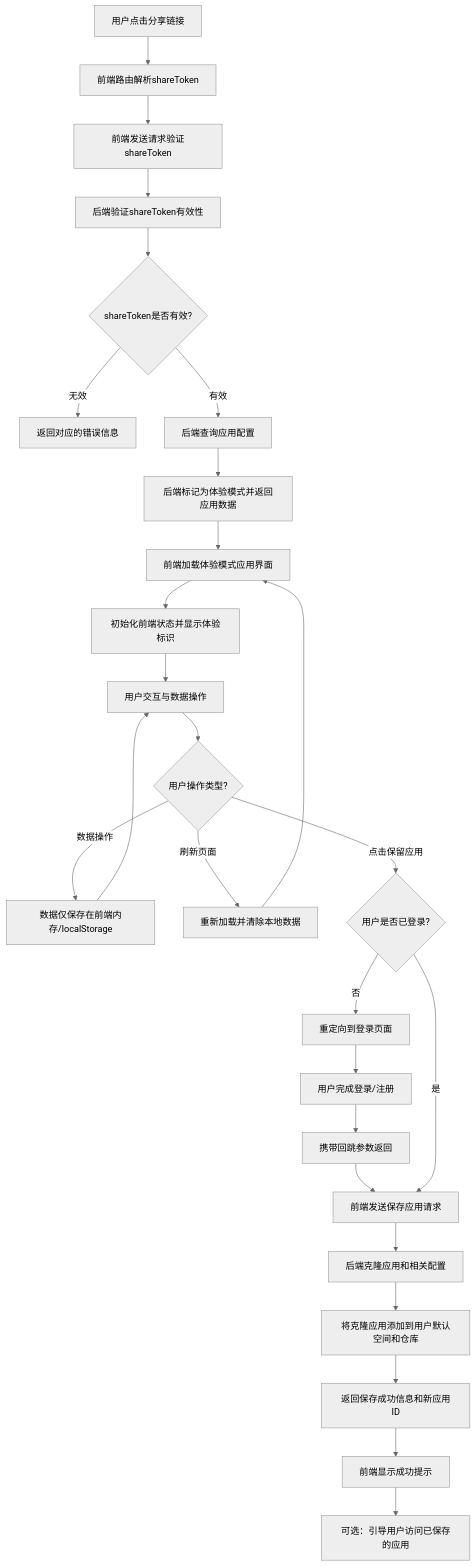
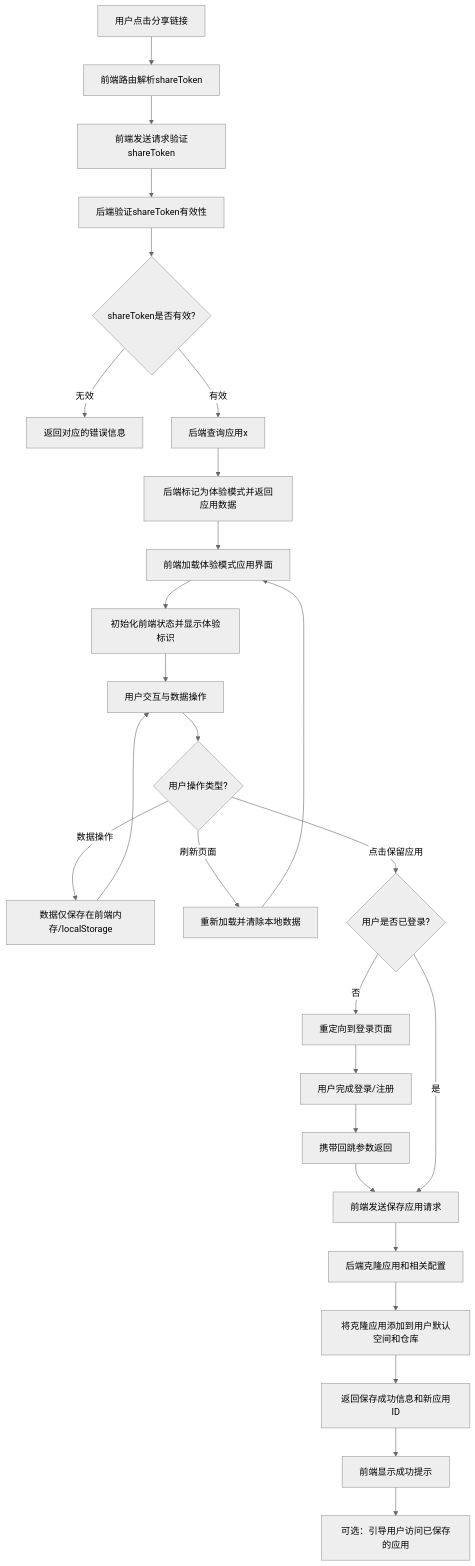
Before and after one commit to yingjianzh/iodraw-files: the diagram in all/未命名-65.md, drawn with Mermaid (neutral theme).

Commit message:
2025-05-22 10:50:11 update

````diff
--- a/all/未命名-65.md
+++ b/all/未命名-65.md
@@ -1,29 +1,29 @@
 ```mermaid
 flowchart TD
     A[用户点击分享链接] --> B[前端路由解析shareToken]
     B --> C[前端发送请求验证shareToken]
     C --> D[后端验证shareToken有效性]
     D --> E{shareToken是否有效?}
     E -->|无效| F[返回对应的错误信息]
-    E -->|有效| G[后端查询应用配置]
+    E -->|有效| G[后端查询应用x]
     G --> H[后端标记为体验模式并返回应用数据]
     H --> I[前端加载体验模式应用界面]
     I --> J[初始化前端状态并显示体验标识]
     J --> K[用户交互与数据操作]
     K --> L{用户操作类型?}
     L -->|数据操作| M[数据仅保存在前端内存/localStorage]
     M --> K
     L -->|刷新页面| N[重新加载并清除本地数据]
     N --> I
     L -->|点击保留应用| O{用户是否已登录?}
     O -->|否| P[重定向到登录页面]
     P --> Q[用户完成登录/注册]
     Q --> R[携带回跳参数返回]
     R --> S[前端发送保存应用请求]
     O -->|是| S
     S --> T[后端克隆应用和相关配置]
     T --> U[将克隆应用添加到用户默认空间和仓库]
     U --> V[返回保存成功信息和新应用ID]
     V --> W[前端显示成功提示]
     W --> X[可选：引导用户访问已保存的应用]
 ```
````
